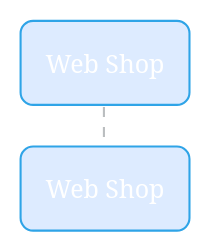
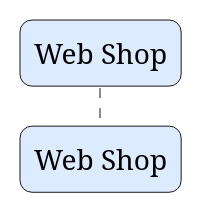
Before and after one commit to Hakenadu/plantuml-power-editor: the diagram in README.md, drawn with PlantUML. The commit also changed other lines of this file and 8 other files, not shown here.

First line of the commit message:
Replace PlantUML standard themes with twelve built-in themes

````diff
--- a/README.md
+++ b/README.md
@@ -48,15 +52,14 @@
 ```plantuml
 ' ⟪power-editor styles⟫
-!theme cerulean
 <style>
 element {
   RoundCorner 12
 }
 .pe_Shop {
   BackGroundColor #DDEBFF
 }
 </style>
 hide <<pe_Shop>> stereotype
 ' ⟪/power-editor styles⟫
 participant "Web Shop" as Shop <<pe_Shop>>
 ```
````
